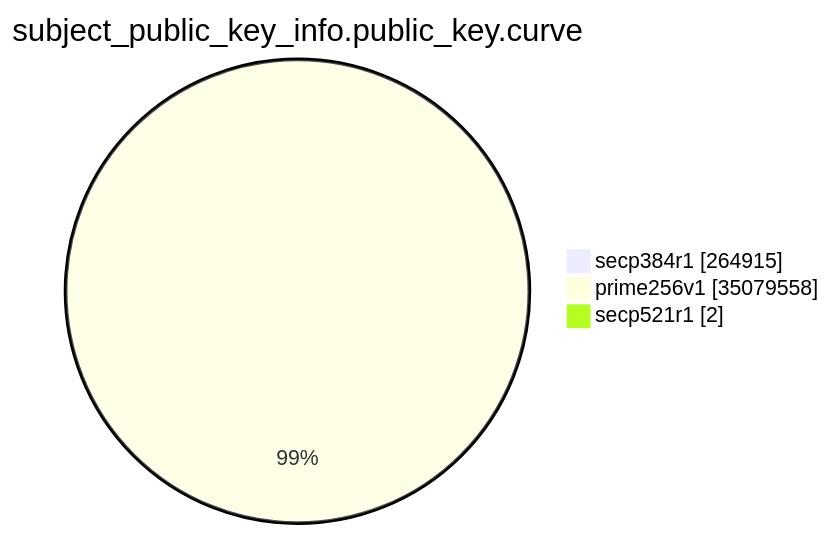
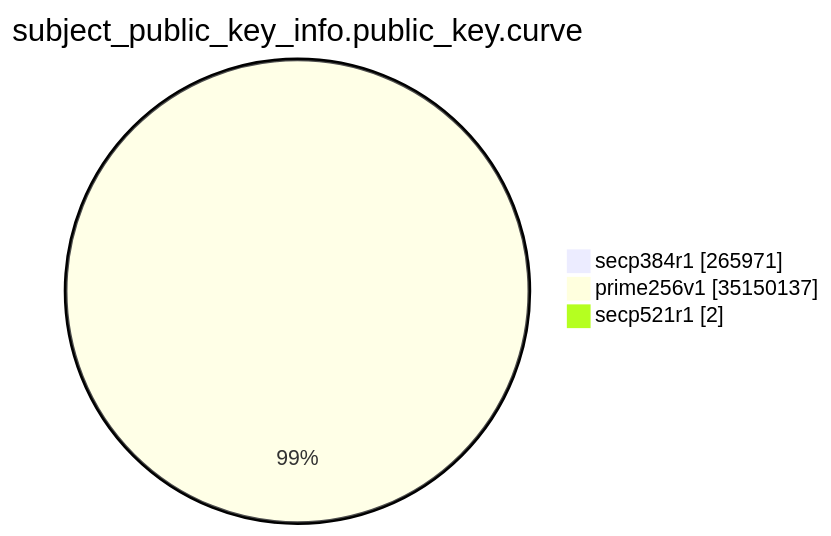
One commit to christiankrug/ctmonitor_visualization changed the eighth of 15 diagrams in argon2023/README.md. Above: the diagram before and after it, drawn with Mermaid. The commit also changed other lines of this file, not shown here.

````diff
--- a/argon2023/README.md
+++ b/argon2023/README.md
@@ -2149,7 +2152,7 @@
 ```mermaid
 pie showData
 title subject_public_key_info.public_key.curve
-"secp384r1" :264915
-"prime256v1" :35079558
+"secp384r1" :265971
+"prime256v1" :35150137
 "secp521r1" :2
 ```
````
